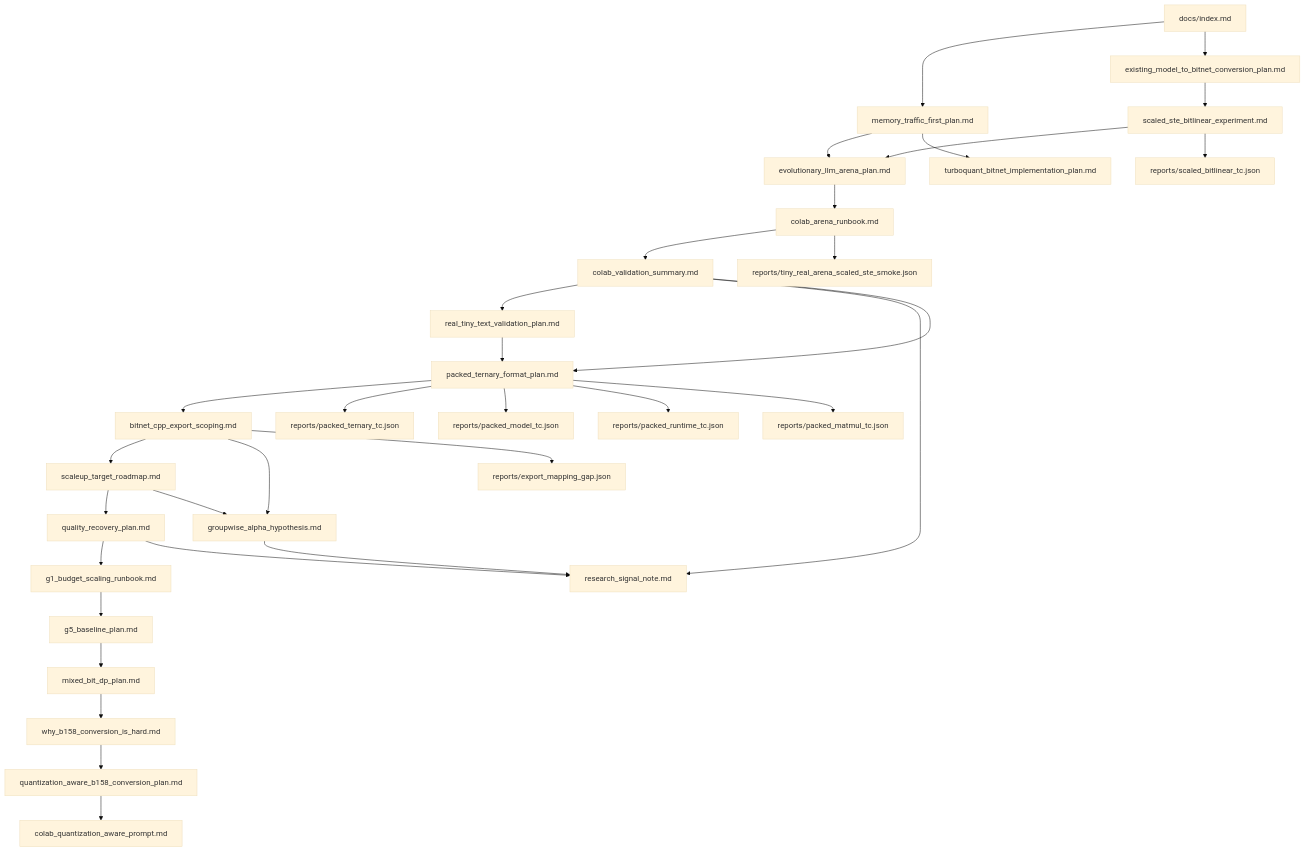
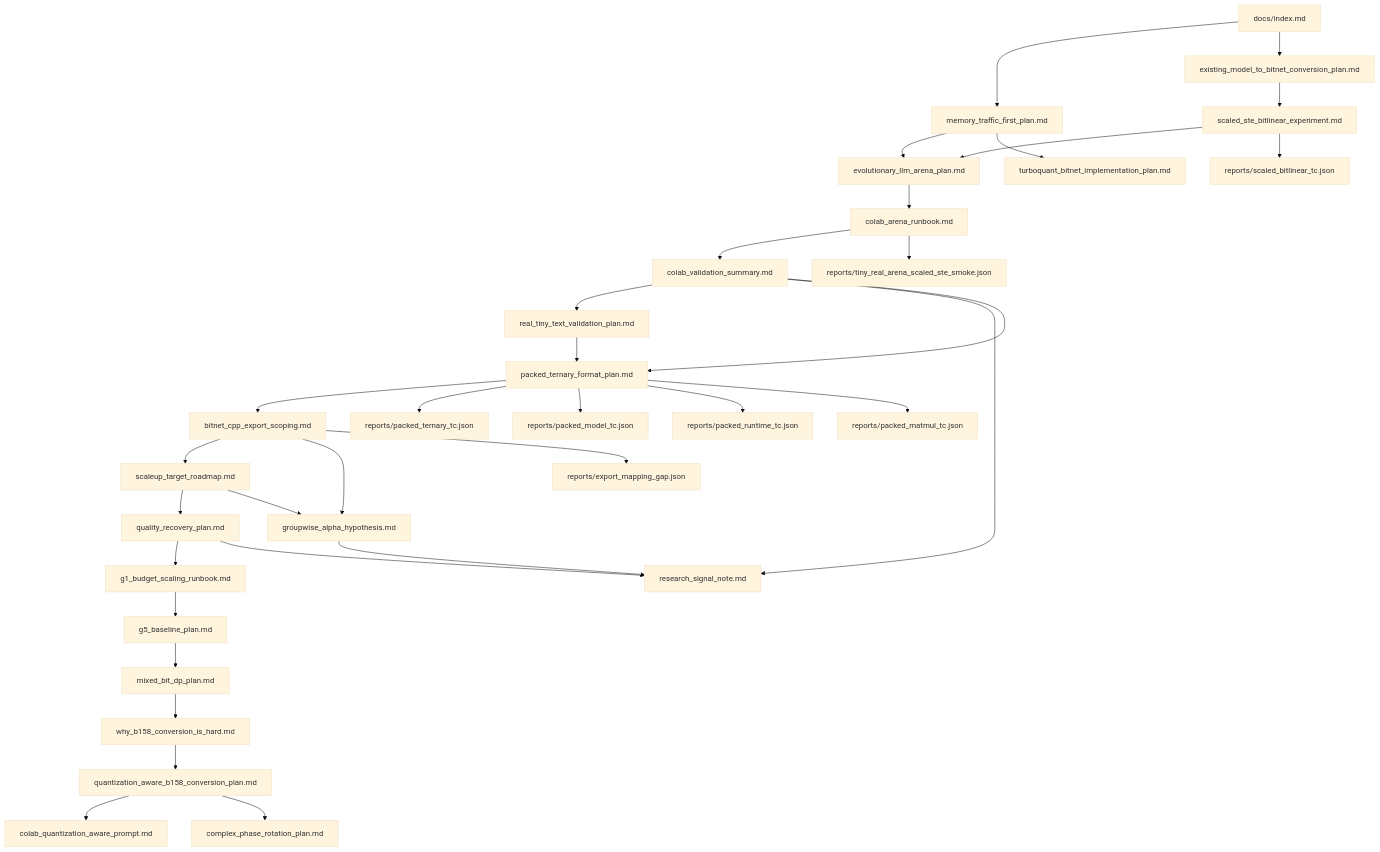
One commit to gtpk/BitNet-Transformers changed the diagram in docs/index.md. Above: the diagram before and after it, drawn with Mermaid (base theme). The commit also changed other lines of this file, not shown here.

````diff
--- a/docs/index.md
+++ b/docs/index.md
@@ -212,35 +229,36 @@
 ```mermaid
 flowchart TD
   A["docs/index.md"] --> B["memory_traffic_first_plan.md"]
   A --> C["existing_model_to_bitnet_conversion_plan.md"]
   C --> D["scaled_ste_bitlinear_experiment.md"]
   D --> E["evolutionary_llm_arena_plan.md"]
   E --> F["colab_arena_runbook.md"]
   F --> J["colab_validation_summary.md"]
   J --> K["real_tiny_text_validation_plan.md"]
   J --> L["research_signal_note.md"]
   J --> M["packed_ternary_format_plan.md"]
   K --> M["packed_ternary_format_plan.md"]
   M --> R["bitnet_cpp_export_scoping.md"]
   R --> U["scaleup_target_roadmap.md"]
   U --> V["quality_recovery_plan.md"]
   V --> W["g1_budget_scaling_runbook.md"]
   W --> X["g5_baseline_plan.md"]
   X --> Y["mixed_bit_dp_plan.md"]
   Y --> Z["why_b158_conversion_is_hard.md"]
   Z --> QA["quantization_aware_b158_conversion_plan.md"]
   QA --> QP["colab_quantization_aware_prompt.md"]
+  QA --> PR["complex_phase_rotation_plan.md"]
   R --> T["groupwise_alpha_hypothesis.md"]
   U --> T
   V --> L
   T --> L
   B --> E
   B --> G["turboquant_bitnet_implementation_plan.md"]
   F --> H["reports/tiny_real_arena_scaled_ste_smoke.json"]
   D --> I["reports/scaled_bitlinear_tc.json"]
   M --> N["reports/packed_ternary_tc.json"]
   M --> O["reports/packed_model_tc.json"]
   M --> P["reports/packed_runtime_tc.json"]
   M --> Q["reports/packed_matmul_tc.json"]
   R --> S["reports/export_mapping_gap.json"]
 ```
````
